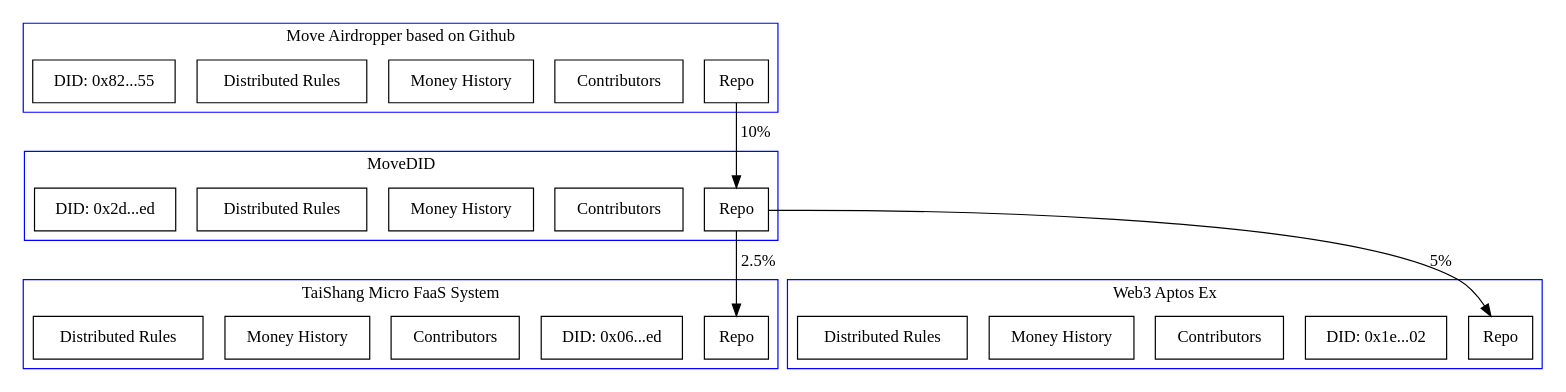
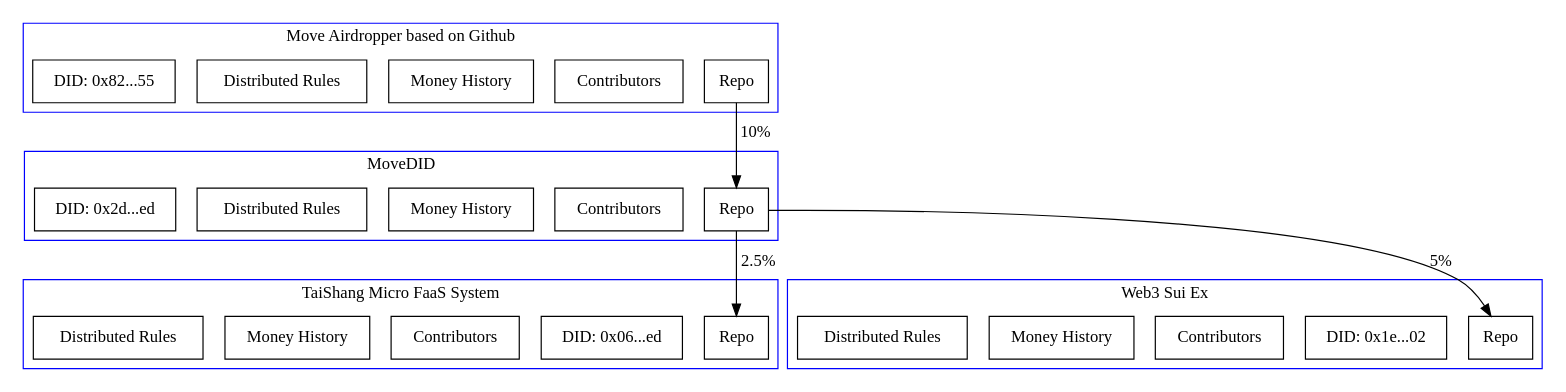
The diagram in app/scaffold_sui_based_on_ai/priv/static/images/noncegeek_repo.dot (NonceGeek/scaffold-sui-based-on-AI), drawn with Graphviz before and after one commit. The commit also changed 122 other files, not shown here.

```diff
--- a/app/scaffold_sui_based_on_ai/priv/static/images/noncegeek_repo.dot
+++ b/app/scaffold_sui_based_on_ai/priv/static/images/noncegeek_repo.dot
@@ -35,7 +35,7 @@
       label="DID: 0x2d...ed",
       shape="polygon",
       sides="4", 
-      URL="https://explorer.aptoslabs.com/account/0x2df41622c0c1baabaa73b2c24360d205e23e803959ebbcb0e5b80462165893ed?network=mainnet" 
+      URL="https://explorer.Suilabs.com/account/0x2df41622c0c1baabaa73b2c24360d205e23e803959ebbcb0e5b80462165893ed?network=mainnet" 
       target="_blank"
   ]
   
@@ -64,7 +64,7 @@
       label="DID: 0x06...ed",
       shape="polygon",
       sides="4", 
-      URL="https://explorer.aptoslabs.com/account/0x06a19c3df50ea7e7b8e686246db5c4d98affa4aa0de05285688a90342751eeed" 
+      URL="https://explorer.Suilabs.com/account/0x06a19c3df50ea7e7b8e686246db5c4d98affa4aa0de05285688a90342751eeed" 
       target="_blank"
   ]
   
@@ -107,7 +107,7 @@
       label="Repo",
       shape="polygon",
       sides="4", 
-      URL="https://github.com/NonceGeek/web3_aptos_ex" 
+      URL="https://github.com/NonceGeek/web3_Sui_ex" 
       target="_blank"
   ]
   
@@ -115,7 +115,7 @@
       label="DID: 0x1e...02",
       shape="polygon",
       sides="4", 
-      URL="https://explorer.aptoslabs.com/account/0x1e87fd50b0e297f5c8c05ee0e8516c7cdce991c91c9ce6817c65fcf7bd982602" 
+      URL="https://explorer.Suilabs.com/account/0x1e87fd50b0e297f5c8c05ee0e8516c7cdce991c91c9ce6817c65fcf7bd982602" 
       target="_blank"
   ]
   
@@ -123,7 +123,7 @@
       label="Contributors",
       shape="polygon",
       sides="4", 
-      URL="https://github.com/NonceGeek/web3_aptos_ex#contributors" 
+      URL="https://github.com/NonceGeek/web3_Sui_ex#contributors" 
       target="_blank"
   ]
 
@@ -131,7 +131,7 @@
       label="Money History",
       shape="polygon",
       sides="4", 
-      URL="https://github.com/NonceGeek/web3_aptos_ex#money-history" 
+      URL="https://github.com/NonceGeek/web3_Sui_ex#money-history" 
       target="_blank"
   ]
   
@@ -139,7 +139,7 @@
       label="Distributed Rules",
       shape="polygon",
       sides="4", 
-      URL="https://github.com/NonceGeek/web3_aptos_ex#distributed-rules" 
+      URL="https://github.com/NonceGeek/web3_Sui_ex#distributed-rules" 
       target="_blank"
   ]
   
@@ -150,7 +150,7 @@
       cluster_3_repo;
       cluster_3_distributed_rules;
       cluster_3_movedid;
-      label = "Web3 Aptos Ex";
+      label = "Web3 Sui Ex";
       color=blue
   }
   
@@ -190,7 +190,7 @@
       label="DID: 0x82...55",
       shape="polygon",
       sides="4", 
-      URL="https://explorer.aptoslabs.com/account/0x82b219e76ca10cbcc6a66a547c43a8c72531fb4785548db153f02f552dbf7a55?network=mainnet" 
+      URL="https://explorer.Suilabs.com/account/0x82b219e76ca10cbcc6a66a547c43a8c72531fb4785548db153f02f552dbf7a55?network=mainnet" 
       target="_blank"
   ]
   
```
